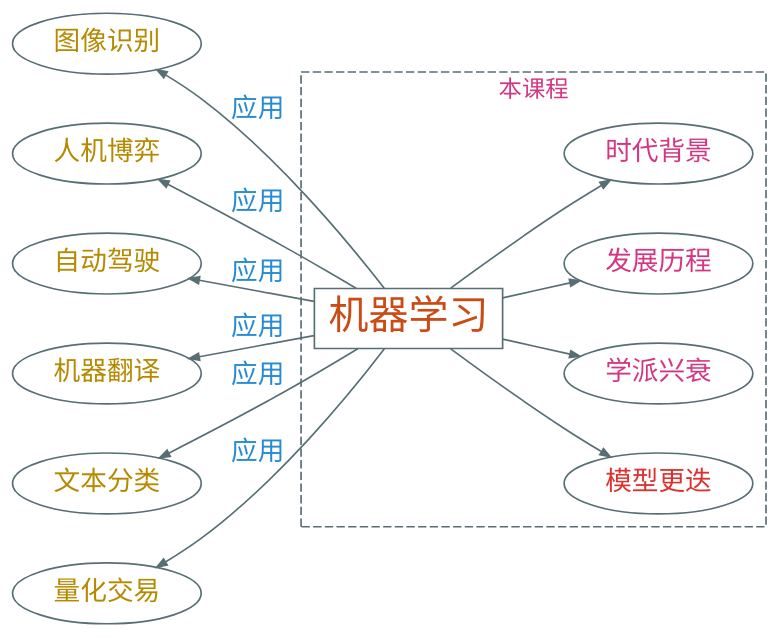
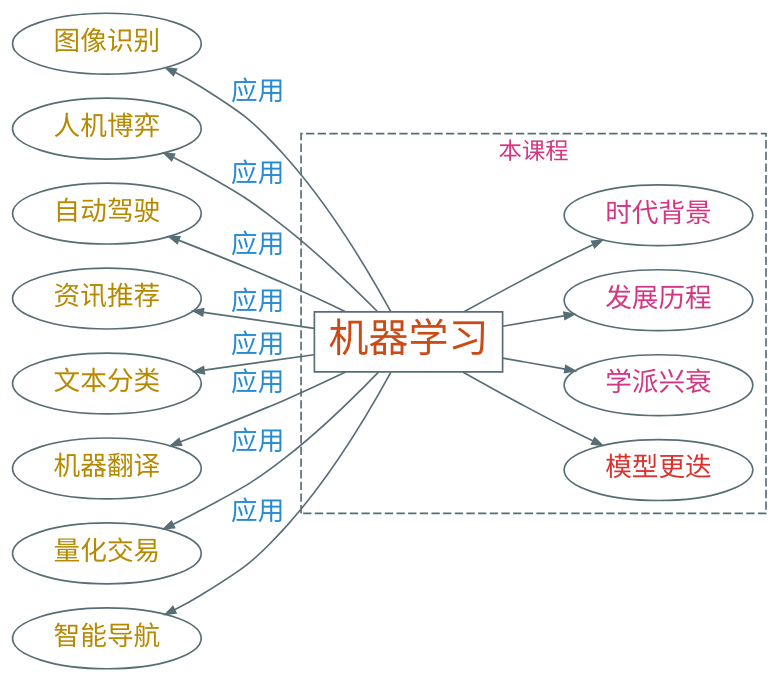
Before and after one commit to Avanti1980/course-ml: the diagram in dot/ml-app-dev.dot, drawn with Graphviz. The commit also changed 58 other files, not shown here.

```diff
--- a/dot/ml-app-dev.dot
+++ b/dot/ml-app-dev.dot
@@ -1,27 +1,27 @@
 digraph g {
     rankdir=LR
-    graph [nodesep=0.4 ranksep=0.5]
+    graph [nodesep=0.2 ranksep=0.5]
     bgcolor="transparent"
 
     node [shape=ellipse color="#586e75" fontcolor="#b58900" fontsize=16 fontname="Ysabeau,LXGWWenKai"]
     edge [color="#586e75" fontcolor="#268bd2" fontsize=16 fontname="Ysabeau,LXGWWenKai" arrowsize=0.6]
 
     机器学习 [shape=box fontsize=24 fontcolor="#cb4b16"]
-    {图像识别,人机博弈,自动驾驶,机器翻译,文本分类,量化交易} -> 机器学习 [label="应用" dir=back]
+    {图像识别,人机博弈,自动驾驶,资讯推荐,文本分类,机器翻译,量化交易,智能导航} -> 机器学习 [label="应用" dir=back]
 
     node [fontcolor="#dc322f"]
 
     subgraph cluster_0 {
         style=dashed
         fontname="Ysabeau,LXGWWenKai"
         label=本课程
         color="#586e75"
         fontcolor="#d33682"
 
         机器学习 -> {模型更迭}
 
         node [fontcolor="#d33682"]
 
         机器学习 -> {学派兴衰,发展历程,时代背景}
     }
 }
```
